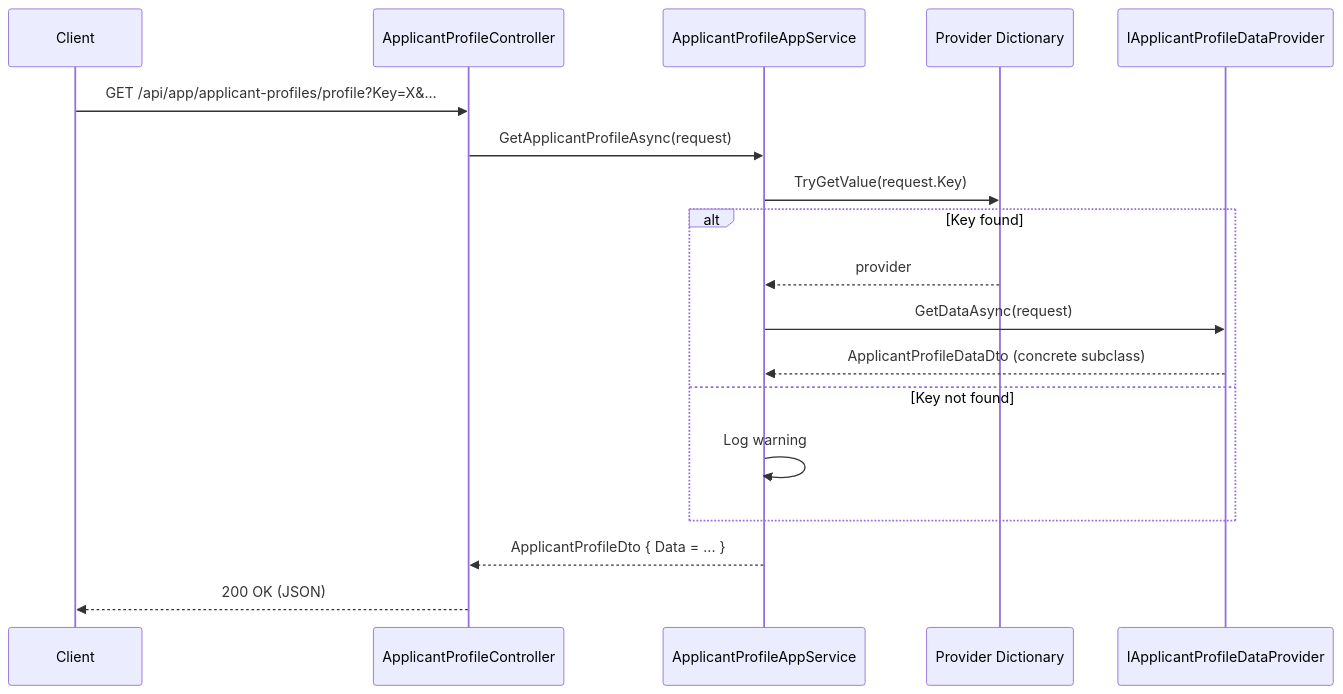
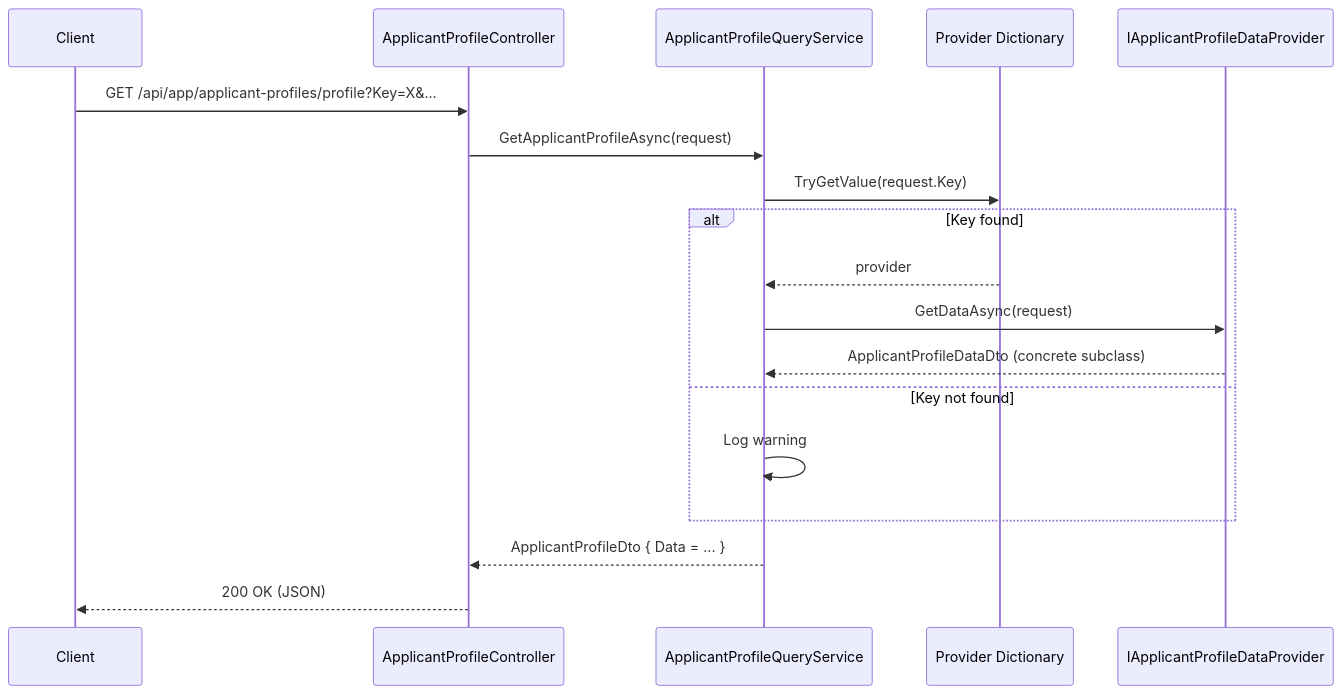
Before and after one commit to bcgov/Unity: the second of 9 diagrams in documentation/applicant-portal/applicant-profile-data-providers.md, drawn with Mermaid. The commit also changed other lines of this file and 20 other files, not shown here.

````diff
--- a/documentation/applicant-portal/applicant-profile-data-providers.md
+++ b/documentation/applicant-portal/applicant-profile-data-providers.md
@@ -73,21 +86,21 @@
 ```mermaid
 sequenceDiagram
     participant C as Client
     participant Ctrl as ApplicantProfileController
-    participant Svc as ApplicantProfileAppService
+    participant Svc as ApplicantProfileQueryService
     participant Dict as Provider Dictionary
     participant P as IApplicantProfileDataProvider
 
     C->>Ctrl: GET /api/app/applicant-profiles/profile?Key=X&...
     Ctrl->>Svc: GetApplicantProfileAsync(request)
     Svc->>Dict: TryGetValue(request.Key)
     alt Key found
         Dict-->>Svc: provider
         Svc->>P: GetDataAsync(request)
         P-->>Svc: ApplicantProfileDataDto (concrete subclass)
     else Key not found
         Svc->>Svc: Log warning
     end
     Svc-->>Ctrl: ApplicantProfileDto { Data = ... }
     Ctrl-->>C: 200 OK (JSON)
 ```
````
